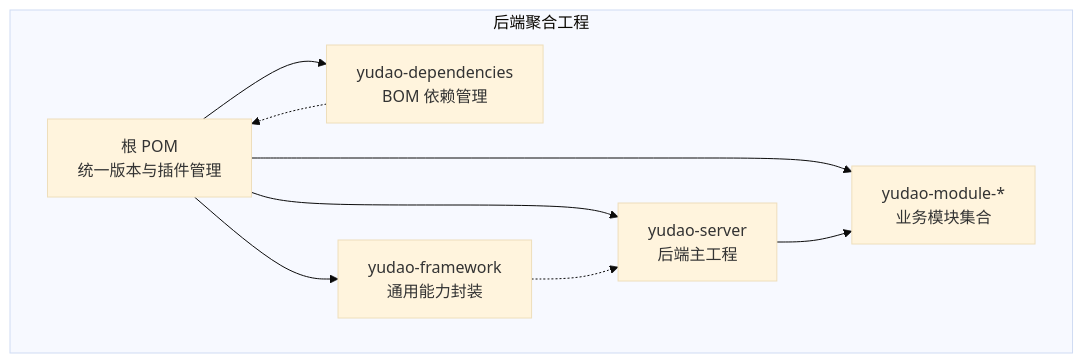
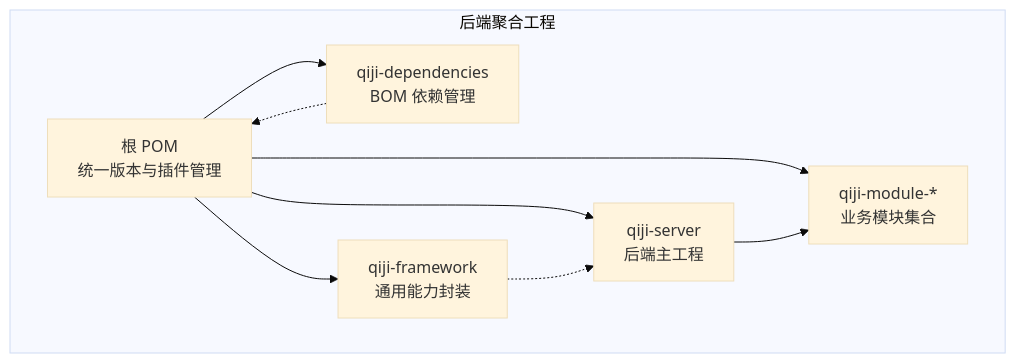
One commit to zhuangpengLI/AgenticCPS changed the first of 11 diagrams in backend/.qoder/repowiki/zh/content/项目概述/技术栈概览.md. Above: the diagram before and after it, drawn with Mermaid (base theme). The commit also changed other lines of this file and 3489 other files, not shown here.

````diff
--- a/backend/.qoder/repowiki/zh/content/项目概述/技术栈概览.md
+++ b/backend/.qoder/repowiki/zh/content/项目概述/技术栈概览.md
@@ -37,17 +37,17 @@
 ```mermaid
 graph TB
 subgraph "后端聚合工程"
 ROOT["根 POM<br/>统一版本与插件管理"]
-SERVER["yudao-server<br/>后端主工程"]
-DEPS["yudao-dependencies<br/>BOM 依赖管理"]
-FRAMEWORK["yudao-framework<br/>通用能力封装"]
-MODULES["yudao-module-*<br/>业务模块集合"]
+SERVER["qiji-server<br/>后端主工程"]
+DEPS["qiji-dependencies<br/>BOM 依赖管理"]
+FRAMEWORK["qiji-framework<br/>通用能力封装"]
+MODULES["qiji-module-*<br/>业务模块集合"]
 end
 ROOT --> SERVER
 ROOT --> DEPS
 ROOT --> FRAMEWORK
 ROOT --> MODULES
 SERVER --> MODULES
 FRAMEWORK -.-> SERVER
 DEPS -.-> ROOT
 ```
````
